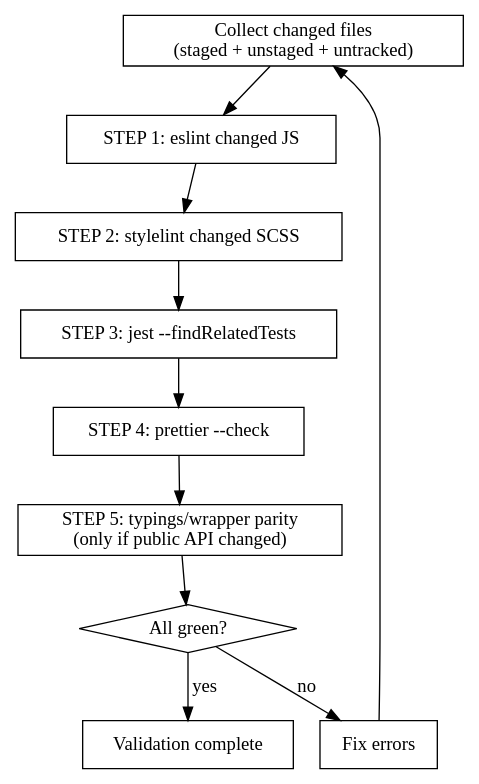
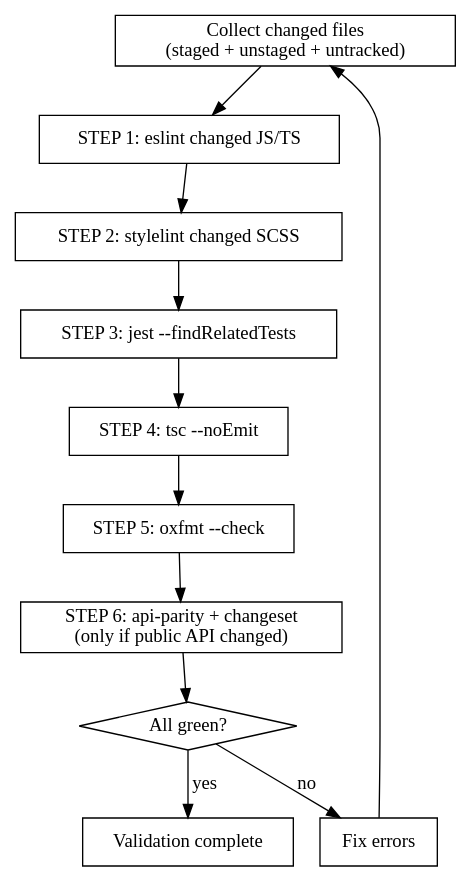
Before and after one commit to britecharts/britecharts: the diagram in .claude/skills/audit-changes/SKILL.md, drawn with Graphviz. The commit also changed other lines of this file and 9 other files, not shown here.

````diff
--- a/.claude/skills/audit-changes/SKILL.md
+++ b/.claude/skills/audit-changes/SKILL.md
@@ -18,21 +16,22 @@
 ```dot
 digraph audit {
     rankdir=TB;
     node [shape=box];
 
     collect [label="Collect changed files\n(staged + unstaged + untracked)"];
-    lint    [label="STEP 1: eslint changed JS"];
+    lint    [label="STEP 1: eslint changed JS/TS"];
     styles  [label="STEP 2: stylelint changed SCSS"];
     test    [label="STEP 3: jest --findRelatedTests"];
-    format  [label="STEP 4: prettier --check"];
-    typings [label="STEP 5: typings/wrapper parity\n(only if public API changed)"];
+    types   [label="STEP 4: tsc --noEmit"];
+    format  [label="STEP 5: oxfmt --check"];
+    api     [label="STEP 6: api-parity + changeset\n(only if public API changed)"];
     pass    [label="All green?" shape=diamond];
     fix     [label="Fix errors"];
     done    [label="Validation complete"];
 
-    collect -> lint -> styles -> test -> format -> typings -> pass;
+    collect -> lint -> styles -> test -> types -> format -> api -> pass;
     pass -> done [label="yes"];
     pass -> fix  [label="no"];
     fix -> collect;
 }
 ```
````
